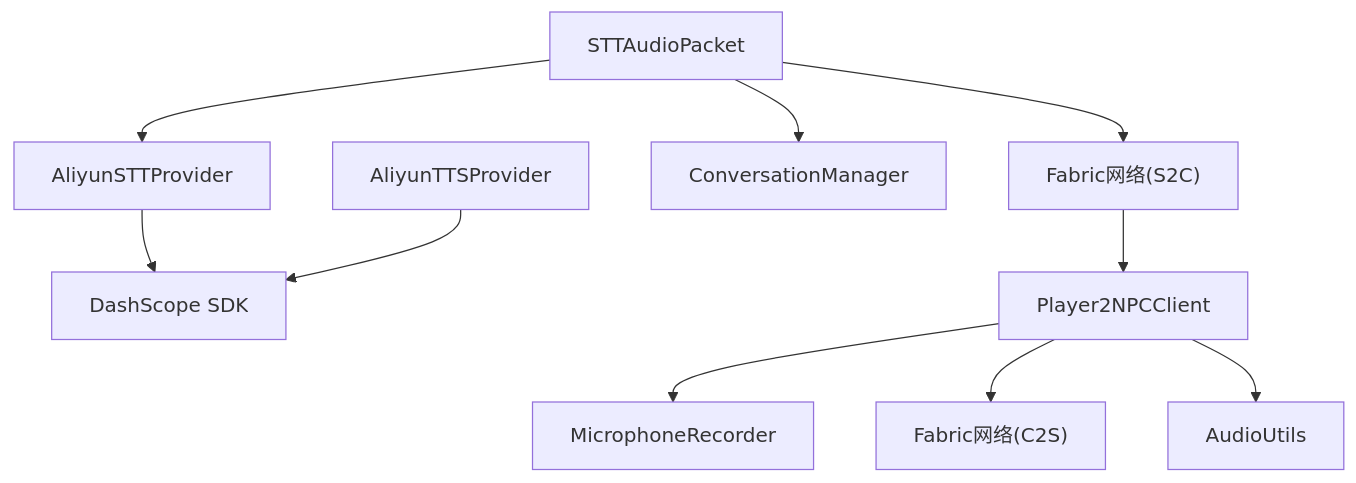
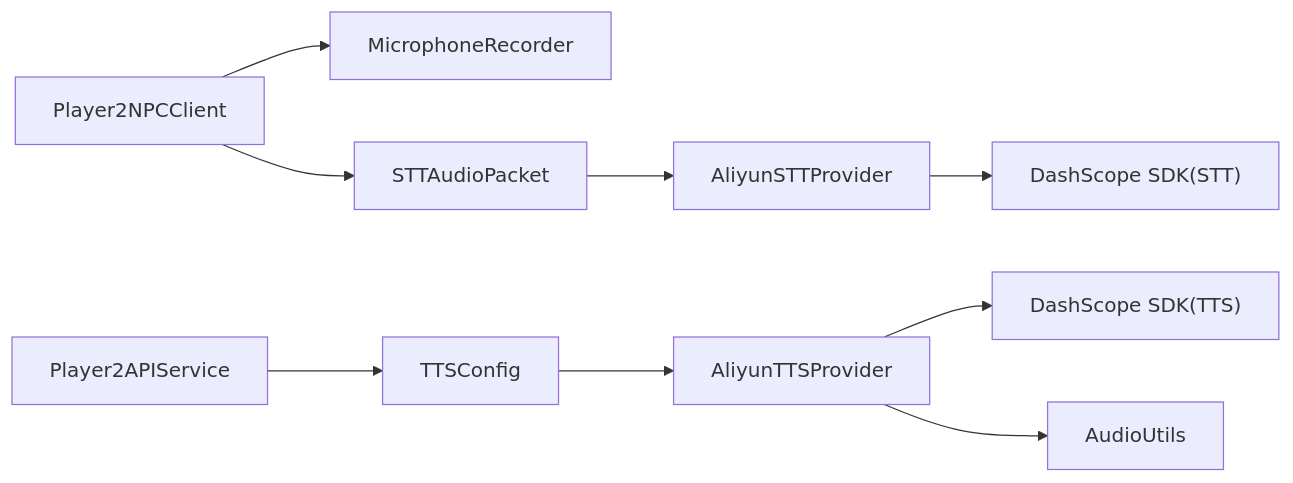
One commit to wjartpix/minecraft_ai_play2npc changed the sixth of 6 diagrams in .qoder/repowiki/zh/content/语音交互系统/语音交互系统.md. Above: the diagram before and after it, drawn with Mermaid. The commit also changed other lines of this file and 188 other files, not shown here.

````diff
--- a/.qoder/repowiki/zh/content/语音交互系统/语音交互系统.md
+++ b/.qoder/repowiki/zh/content/语音交互系统/语音交互系统.md
@@ -279,12 +300,11 @@
 ```mermaid
-graph TB
-STTProv["AliyunSTTProvider"] --> SDK["DashScope SDK"]
-TTSProv["AliyunTTSProvider"] --> SDK
-Client["Player2NPCClient"] --> Mic["MicrophoneRecorder"]
-Client --> NetC["Fabric网络(C2S)"]
-Server["STTAudioPacket"] --> STTProv
-Server --> CM["ConversationManager"]
-Server --> NetS["Fabric网络(S2C)"]
-NetS --> Client
-Client --> AU["AudioUtils"]
+graph LR
+PR["Player2NPCClient"] --> MR["MicrophoneRecorder"]
+PR --> SAP["STTAudioPacket"]
+SAP --> ASP["AliyunSTTProvider"]
+ASP --> DS1["DashScope SDK(STT)"]
+P2S["Player2APIService"] --> TC["TTSConfig"]
+TC --> ATP["AliyunTTSProvider"]
+ATP --> DS2["DashScope SDK(TTS)"]
+ATP --> AU["AudioUtils"]
 ```
````
